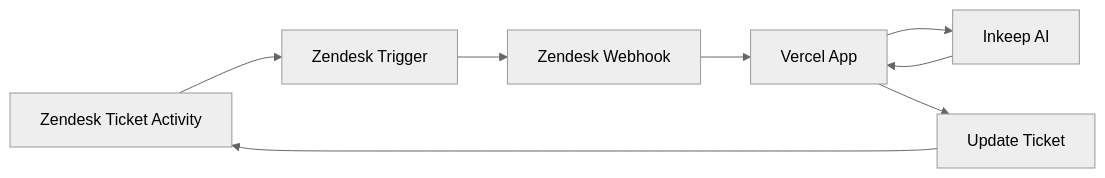
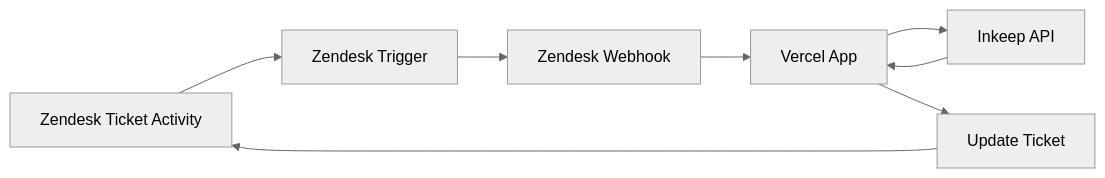
The diagram in README.md (inkeep/zendesk-inkeep-autoreply-template), drawn with Mermaid (neutral theme) before and after one commit. The commit also changed other lines of this file, not shown here.

````diff
--- a/README.md
+++ b/README.md
@@ -12,10 +12,10 @@
 ```mermaid
 graph LR
     A[Zendesk Ticket Activity] --> B[Zendesk Trigger]
     B --> C[Zendesk Webhook]
     C --> D[Vercel App]
-    D --> E[Inkeep AI]
+    D --> E[Inkeep API]
     E --> D
     D --> F[Update Ticket]
     F --> A
 ```
````
